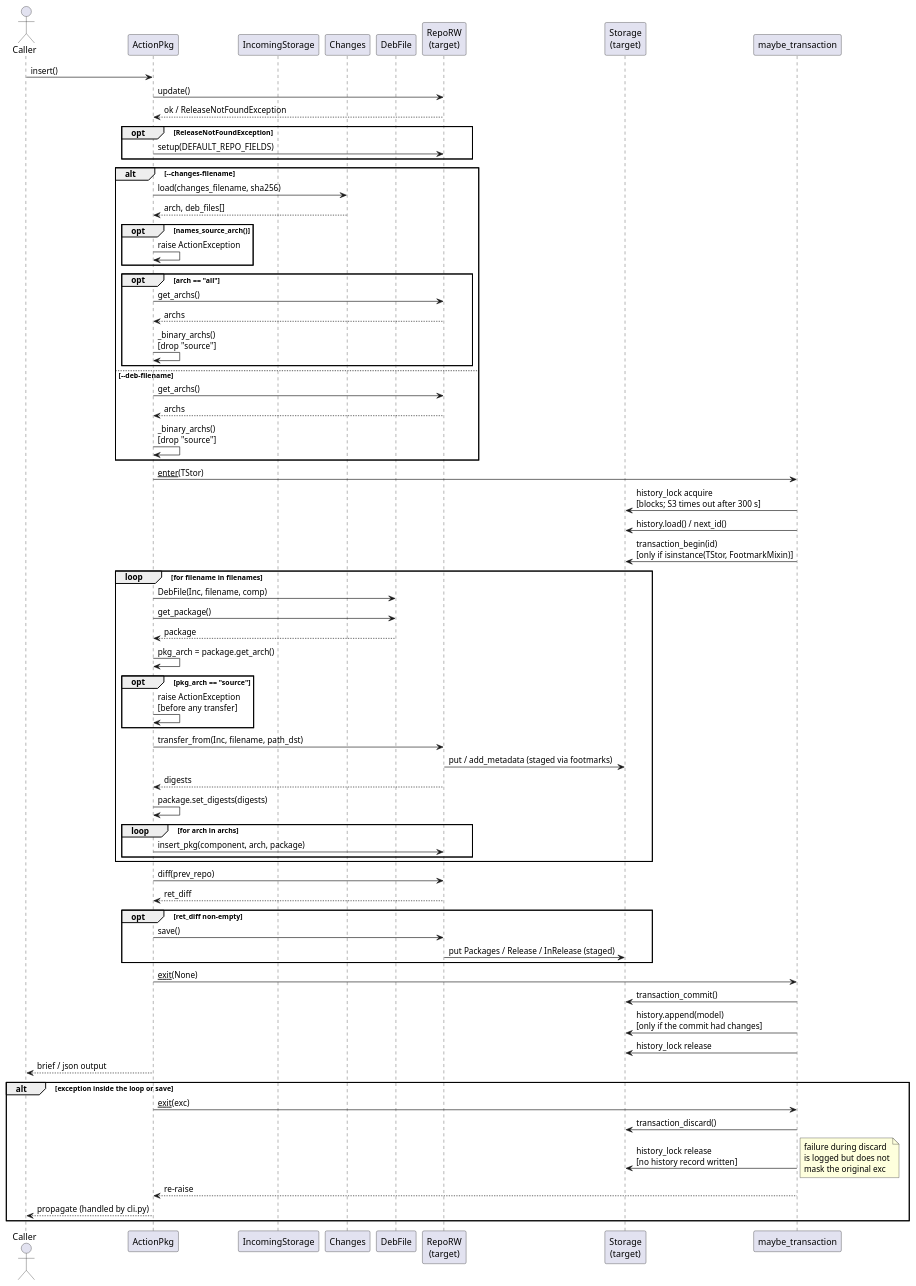
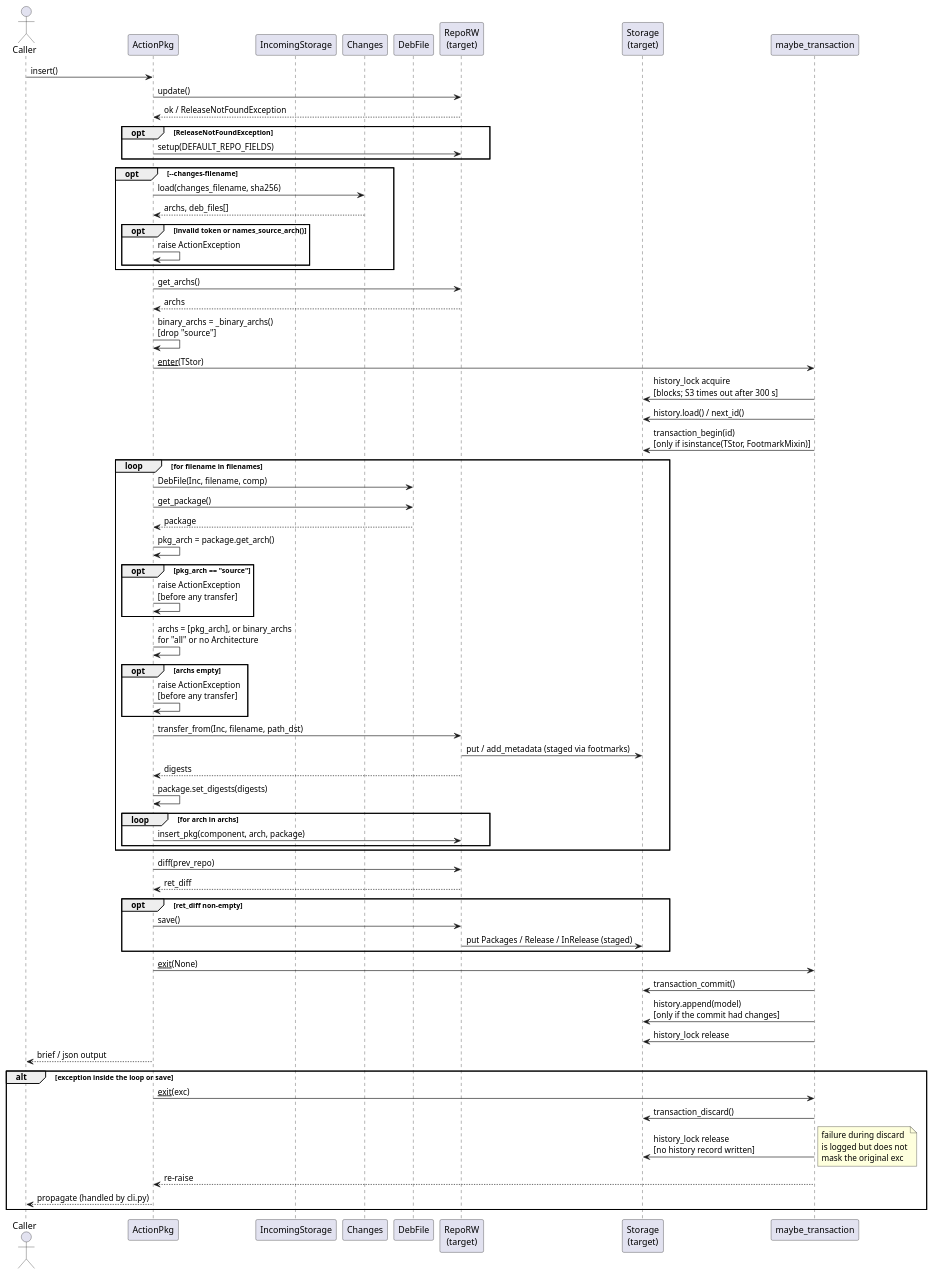
One commit to vinklat/debkit changed the diagram in docs/development/diagrams/action-pkg-insert-sequence.puml. Above: the diagram before and after it, drawn with PlantUML. The commit also changed 8 other files, not shown here.

First line of the commit message:
Target each inserted .deb by its own control architecture

```diff
--- a/docs/development/diagrams/action-pkg-insert-sequence.puml
+++ b/docs/development/diagrams/action-pkg-insert-sequence.puml
@@ -1,80 +1,78 @@
 @startuml
 actor Caller
 participant ActionPkg
 participant "IncomingStorage" as Inc
 participant "Changes" as Chg
 participant "DebFile" as Df
 participant "RepoRW\n(target)" as Tgt
 participant "Storage\n(target)" as TStor
 participant "maybe_transaction" as CM
 
 Caller -> ActionPkg: insert()
 
 ActionPkg -> Tgt: update()
 Tgt --> ActionPkg: ok / ReleaseNotFoundException
 opt ReleaseNotFoundException
   ActionPkg -> Tgt: setup(DEFAULT_REPO_FIELDS)
 end
 
-alt --changes-filename
+opt --changes-filename
   ActionPkg -> Chg: load(changes_filename, sha256)
-  Chg --> ActionPkg: arch, deb_files[]
-  opt names_source_arch()
+  Chg --> ActionPkg: archs, deb_files[]
+  opt invalid token or names_source_arch()
     ActionPkg -> ActionPkg: raise ActionException
   end
-  opt arch == "all"
-    ActionPkg -> Tgt: get_archs()
-    Tgt --> ActionPkg: archs
-    ActionPkg -> ActionPkg: _binary_archs()\n[drop "source"]
-  end
-else --deb-filename
-  ActionPkg -> Tgt: get_archs()
-  Tgt --> ActionPkg: archs
-  ActionPkg -> ActionPkg: _binary_archs()\n[drop "source"]
 end
+ActionPkg -> Tgt: get_archs()
+Tgt --> ActionPkg: archs
+ActionPkg -> ActionPkg: binary_archs = _binary_archs()\n[drop "source"]
 
 ActionPkg -> CM: __enter__(TStor)
 CM -> TStor: history_lock acquire\n[blocks; S3 times out after 300 s]
 CM -> TStor: history.load() / next_id()
 CM -> TStor: transaction_begin(id)\n[only if isinstance(TStor, FootmarkMixin)]
 
 loop for filename in filenames
   ActionPkg -> Df: DebFile(Inc, filename, comp)
   ActionPkg -> Df: get_package()
   Df --> ActionPkg: package
   ActionPkg -> ActionPkg: pkg_arch = package.get_arch()
   opt pkg_arch == "source"
+    ActionPkg -> ActionPkg: raise ActionException\n[before any transfer]
+  end
+  ActionPkg -> ActionPkg: archs = [pkg_arch], or binary_archs\nfor "all" or no Architecture
+  opt archs empty
     ActionPkg -> ActionPkg: raise ActionException\n[before any transfer]
   end
   ActionPkg -> Tgt: transfer_from(Inc, filename, path_dst)
   Tgt -> TStor: put / add_metadata (staged via footmarks)
   Tgt --> ActionPkg: digests
   ActionPkg -> ActionPkg: package.set_digests(digests)
   loop for arch in archs
     ActionPkg -> Tgt: insert_pkg(component, arch, package)
   end
 end
 
 ActionPkg -> Tgt: diff(prev_repo)
 Tgt --> ActionPkg: ret_diff
 opt ret_diff non-empty
   ActionPkg -> Tgt: save()
   Tgt -> TStor: put Packages / Release / InRelease (staged)
 end
 
 ActionPkg -> CM: __exit__(None)
 CM -> TStor: transaction_commit()
 CM -> TStor: history.append(model)\n[only if the commit had changes]
 CM -> TStor: history_lock release
 
 ActionPkg --> Caller: brief / json output
 
 alt exception inside the loop or save
   ActionPkg -> CM: __exit__(exc)
   CM -> TStor: transaction_discard()
   CM -> TStor: history_lock release\n[no history record written]
   note right: failure during discard\nis logged but does not\nmask the original exc
   CM --> ActionPkg: re-raise
   ActionPkg --> Caller: propagate (handled by cli.py)
 end
 @enduml
```
